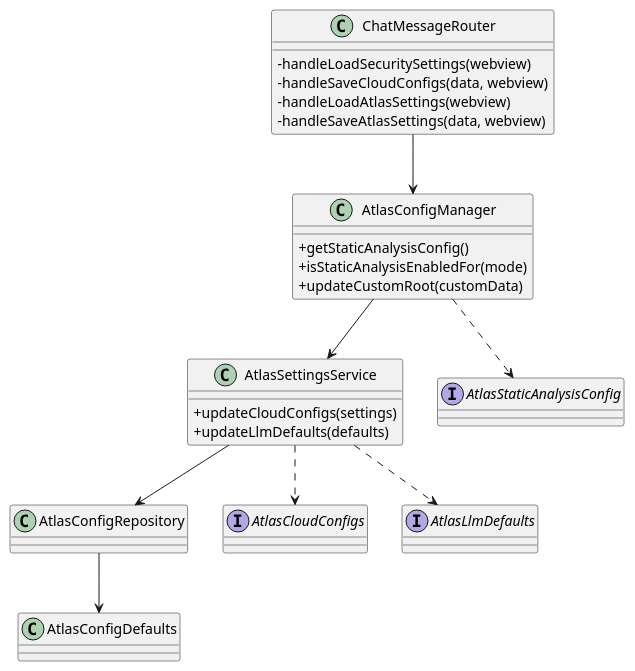
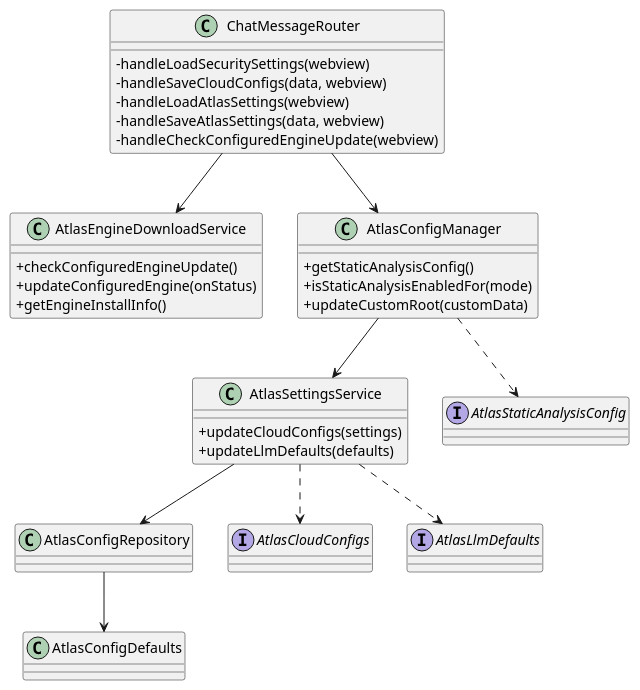
Diagram 13 of 41 in docs/plantuml-diagramas-por-caso-de-uso-atlas.md (JVictorVI/ATLAS), drawn with PlantUML before and after one commit. The commit also changed other lines of this file and 38 other files, not shown here.

````diff
--- a/docs/plantuml-diagramas-por-caso-de-uso-atlas.md
+++ b/docs/plantuml-diagramas-por-caso-de-uso-atlas.md
@@ -543,35 +543,42 @@
 ```plantuml
 @startuml
 skinparam shadowing false
 skinparam classAttributeIconSize 0
 
 class ChatMessageRouter {
   -handleLoadSecuritySettings(webview)
   -handleSaveCloudConfigs(data, webview)
   -handleLoadAtlasSettings(webview)
   -handleSaveAtlasSettings(data, webview)
+  -handleCheckConfiguredEngineUpdate(webview)
+}
+class AtlasEngineDownloadService {
+  +checkConfiguredEngineUpdate()
+  +updateConfiguredEngine(onStatus)
+  +getEngineInstallInfo()
 }
 class AtlasConfigManager {
   +getStaticAnalysisConfig()
   +isStaticAnalysisEnabledFor(mode)
   +updateCustomRoot(customData)
 }
 class AtlasSettingsService {
   +updateCloudConfigs(settings)
   +updateLlmDefaults(defaults)
 }
 class AtlasConfigRepository
 class AtlasConfigDefaults
 interface AtlasCloudConfigs
 interface AtlasLlmDefaults
 interface AtlasStaticAnalysisConfig
 
 ChatMessageRouter --> AtlasConfigManager
+ChatMessageRouter --> AtlasEngineDownloadService
 AtlasConfigManager --> AtlasSettingsService
 AtlasSettingsService --> AtlasConfigRepository
 AtlasConfigRepository --> AtlasConfigDefaults
 AtlasSettingsService ..> AtlasCloudConfigs
 AtlasSettingsService ..> AtlasLlmDefaults
 AtlasConfigManager ..> AtlasStaticAnalysisConfig
 @enduml
 ```
````
